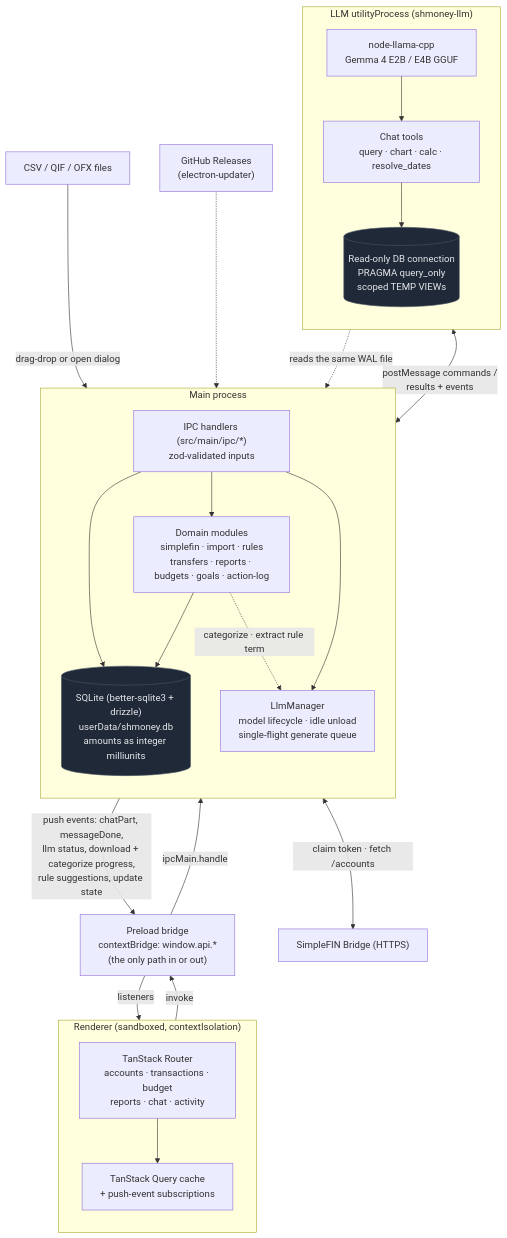
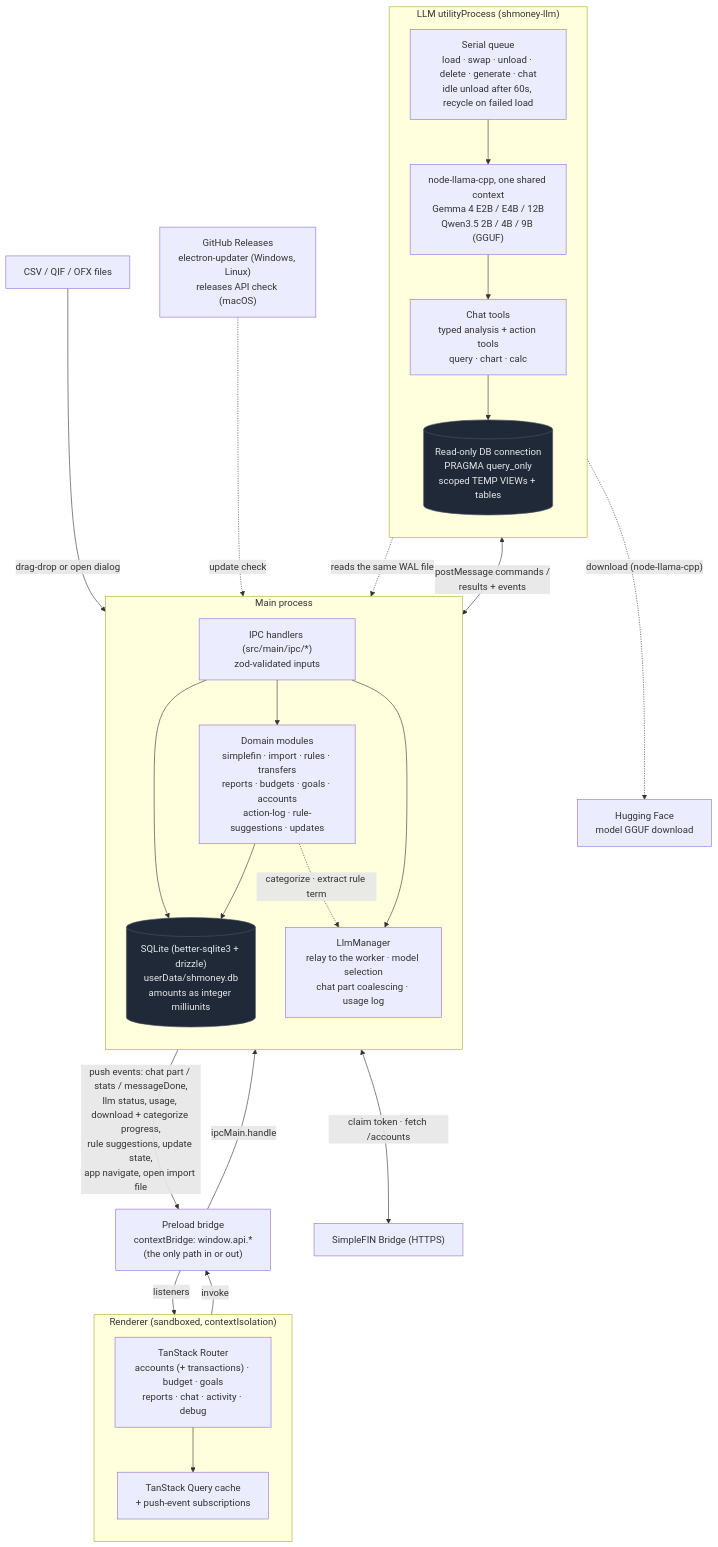
Before and after one commit to rafeautie/shmoney: the first of 6 diagrams in docs/ARCHITECTURE.md, drawn with Mermaid. The commit also changed other lines of this file and 2 other files, not shown here.

First line of the commit message:
Make the README and architecture doc match the app

````diff
--- a/docs/ARCHITECTURE.md
+++ b/docs/ARCHITECTURE.md
@@ -16,50 +17,53 @@
 ```mermaid
 flowchart TB
     subgraph renderer["Renderer (sandboxed, contextIsolation)"]
         direction TB
-        router["TanStack Router<br/>accounts · transactions · budget<br/>reports · chat · activity"]
+        router["TanStack Router<br/>accounts (+ transactions) · budget · goals<br/>reports · chat · activity · debug"]
         rquery["TanStack Query cache<br/>+ push-event subscriptions"]
         router --> rquery
     end
 
     bridge["Preload bridge<br/>contextBridge: window.api.*<br/>(the only path in or out)"]
 
     subgraph main["Main process"]
         direction TB
         ipc["IPC handlers (src/main/ipc/*)<br/>zod-validated inputs"]
-        domain["Domain modules<br/>simplefin · import · rules<br/>transfers · reports · budgets · goals · action-log"]
+        domain["Domain modules<br/>simplefin · import · rules · transfers<br/>reports · budgets · goals · accounts<br/>action-log · rule-suggestions · updates"]
         drizzle[("SQLite (better-sqlite3 + drizzle)<br/>userData/shmoney.db<br/>amounts as integer milliunits")]
         ipc --> domain --> drizzle
         ipc --> drizzle
-        llmmgr["LlmManager<br/>model lifecycle · idle unload<br/>single-flight generate queue"]
+        llmmgr["LlmManager<br/>relay to the worker · model selection<br/>chat part coalescing · usage log"]
         ipc --> llmmgr
         domain -.->|"categorize · extract rule term"| llmmgr
     end
 
     subgraph worker["LLM utilityProcess (shmoney-llm)"]
         direction TB
-        llama["node-llama-cpp<br/>Gemma 4 E2B / E4B GGUF"]
-        tools["Chat tools<br/>query · chart · calc · resolve_dates"]
-        readonly[("Read-only DB connection<br/>PRAGMA query_only<br/>scoped TEMP VIEWs")]
-        llama --> tools --> readonly
+        queue["Serial queue<br/>load · swap · unload · delete · generate · chat<br/>idle unload after 60s, recycle on failed load"]
+        llama["node-llama-cpp, one shared context<br/>Gemma 4 E2B / E4B / 12B<br/>Qwen3.5 2B / 4B / 9B (GGUF)"]
+        tools["Chat tools<br/>typed analysis + action tools<br/>query · chart · calc"]
+        readonly[("Read-only DB connection<br/>PRAGMA query_only<br/>scoped TEMP VIEWs + tables")]
+        queue --> llama --> tools --> readonly
     end
 
     sfin["SimpleFIN Bridge (HTTPS)"]
     files["CSV / QIF / OFX files"]
-    gh["GitHub Releases<br/>(electron-updater)"]
+    gh["GitHub Releases<br/>electron-updater (Windows, Linux)<br/>releases API check (macOS)"]
+    hf["Hugging Face<br/>model GGUF download"]
 
     rquery -->|"invoke"| bridge
     bridge -->|"ipcMain.handle"| ipc
-    ipc -->|"push events: chatPart, messageDone,<br/>llm status, download + categorize progress,<br/>rule suggestions, update state"| bridge
+    ipc -->|"push events: chat part / stats / messageDone,<br/>llm status, usage, download + categorize progress,<br/>rule suggestions, update state,<br/>app navigate, open import file"| bridge
     bridge -->|"listeners"| rquery
 
     domain <-->|"claim token · fetch /accounts"| sfin
     files -->|"drag-drop or open dialog"| ipc
-    gh -.-> ipc
+    gh -.->|"update check"| ipc
+    llama -.->|"download (node-llama-cpp)"| hf
 
-    llmmgr <-->|"postMessage commands /<br/>results + events"| llama
+    llmmgr <-->|"postMessage commands /<br/>results + events"| queue
     readonly -.->|"reads the same WAL file"| drizzle
 
     classDef store fill:#1f2937,stroke:#4b5563,color:#e5e7eb
     class drizzle,readonly store
 ```
````
